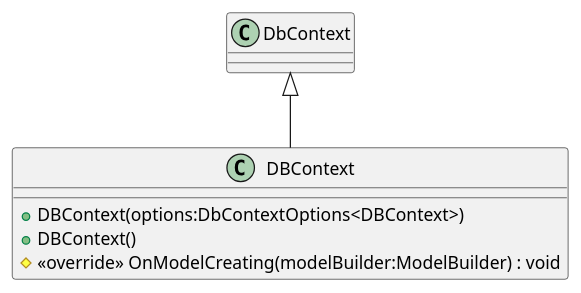
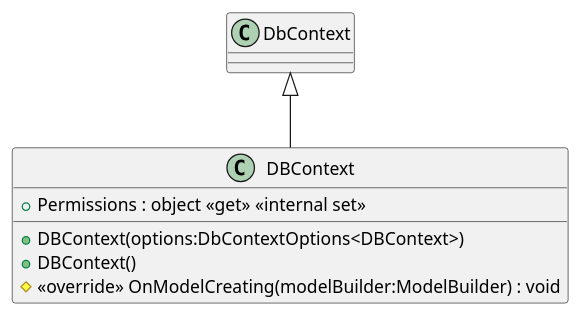
One commit to timothxy/ICT2106_P3_Project changed the diagram in YouthActionDotNet/UML/Data/DBContext.puml. Above: the diagram before and after it, drawn with PlantUML. The commit also changed 31 other files, not shown here.

Commit message:
update uml

```diff
--- a/YouthActionDotNet/UML/Data/DBContext.puml
+++ b/YouthActionDotNet/UML/Data/DBContext.puml
@@ -1,8 +1,9 @@
 @startuml
 class DBContext {
+    + Permissions : object <<get>> <<internal set>>
     + DBContext(options:DbContextOptions<DBContext>)
     + DBContext()
     # <<override>> OnModelCreating(modelBuilder:ModelBuilder) : void
 }
 DbContext <|-- DBContext
 @enduml
```
